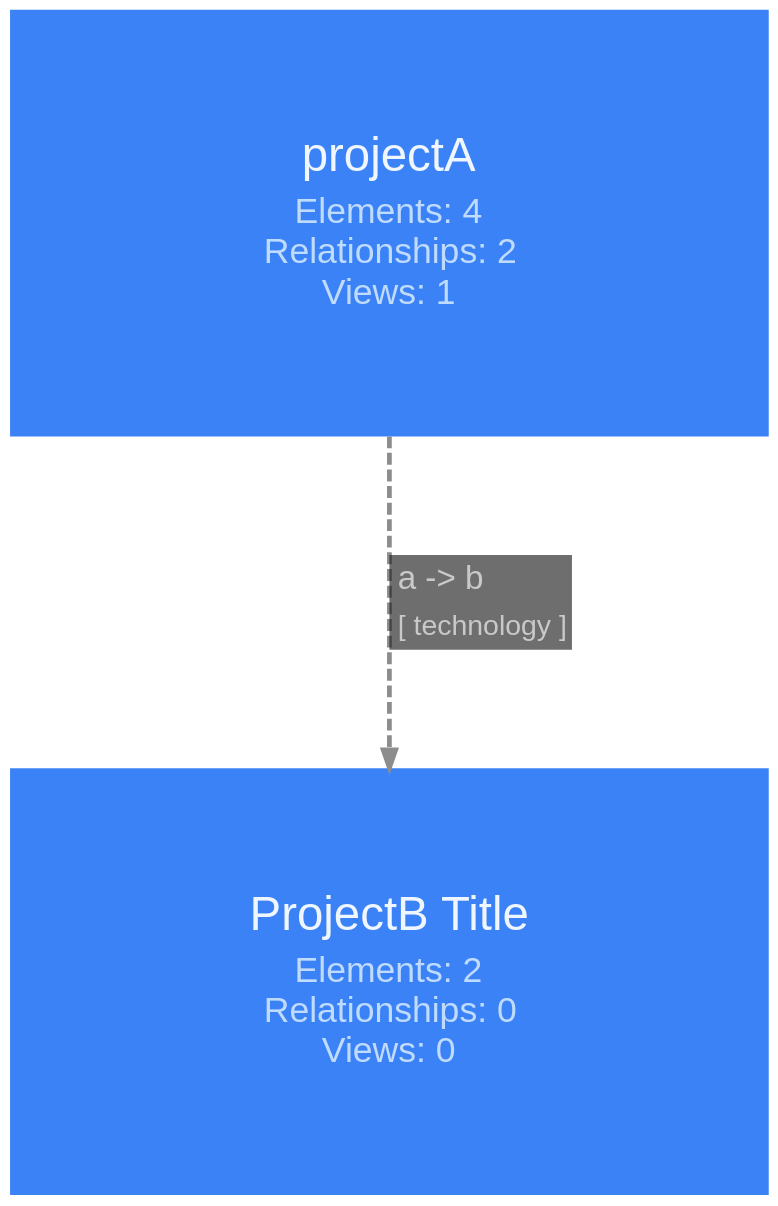
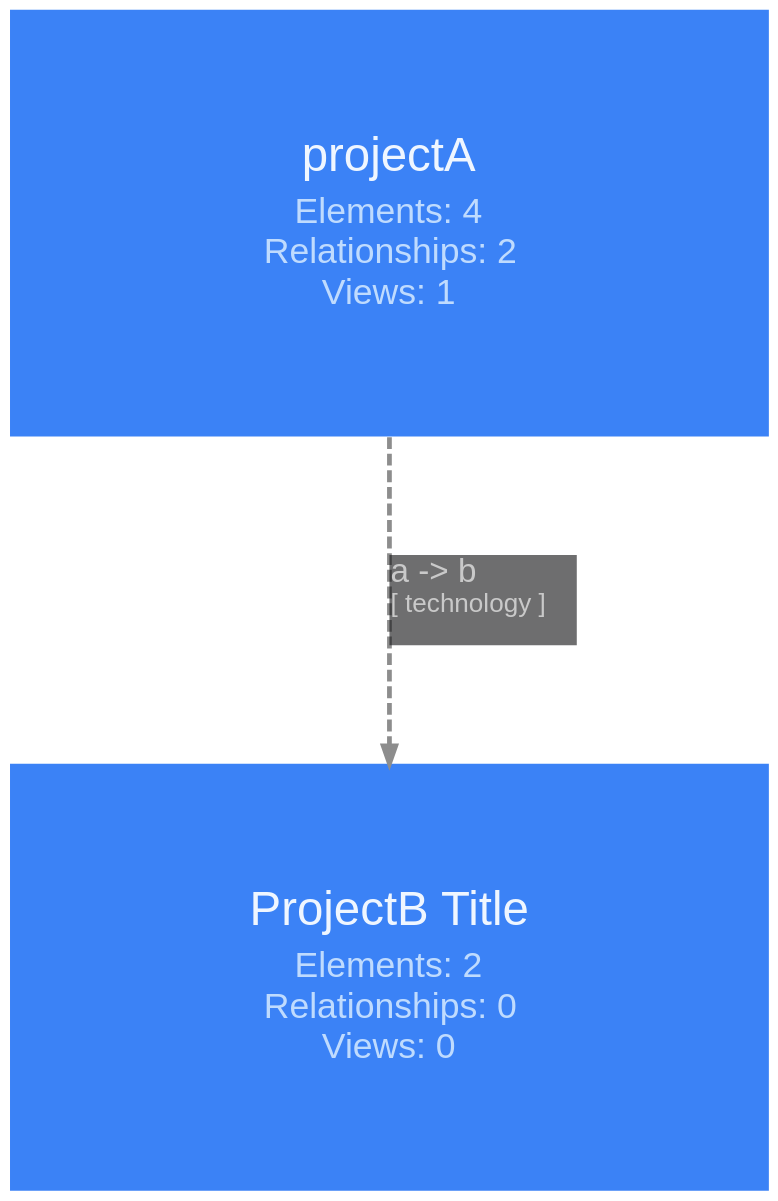
The diagram in packages/layouts/src/graphviz/__snapshots__/ProjectsViewPrinter-with-relationship.dot (likec4/likec4), drawn with Graphviz before and after one commit. The commit also changed 48 other files, not shown here.

First line of the commit message:
feat: measure relationship labels with the diagram font

```diff
--- a/packages/layouts/src/graphviz/__snapshots__/ProjectsViewPrinter-with-relationship.dot
+++ b/packages/layouts/src/graphviz/__snapshots__/ProjectsViewPrinter-with-relationship.dot
@@ -1,61 +1,61 @@
 digraph {
   likec4_viewId = "projects-view";
   bgcolor = "transparent";
   layout = "dot";
   compound = true;
   rankdir = "TB";
   splines = "spline";
   outputorder = "nodesfirst";
   nodesep = 1.389;
   ranksep = 1.389;
   pad = 0.209;
   fontname = "Arial";
   graph [
     fontsize = 20;
     labeljust = "l";
     labelloc = "t";
     margin = 50.1;
   ];
   edge [
     arrowsize = 0.75;
     fontname = "Arial";
     fontsize = 14;
     penwidth = 2;
     color = "#8D8D8D";
     fontcolor = "#C9C9C9";
     style = "dashed";
   ];
   node [
     fontname = "Arial";
     shape = "rect";
     fillcolor = "#3b82f6";
     fontcolor = "#eff6ff";
     color = "#2563eb";
     style = "filled";
     penwidth = 0;
   ];
   "1pf41yp" [
     likec4_id = "1pf41yp";
     likec4_project = "projectA";
     likec4_level = 0;
     label = <<TABLE BORDER="0" CELLPADDING="0" CELLSPACING="4"><TR><TD><FONT POINT-SIZE="20">projectA</FONT></TD></TR><TR><TD><FONT POINT-SIZE="15" COLOR="#bfdbfe">Elements: 4<BR/>Relationships: 2<BR/>Views: 1</FONT></TD></TR></TABLE>>;
     margin = "0.223,0.223";
     width = 4.445;
     height = 2.5;
   ];
   "1pf41yq" [
     likec4_id = "1pf41yq";
     likec4_project = "projectB";
     likec4_level = 0;
     label = <<TABLE BORDER="0" CELLPADDING="0" CELLSPACING="4"><TR><TD><FONT POINT-SIZE="20">ProjectB Title</FONT></TD></TR><TR><TD><FONT POINT-SIZE="15" COLOR="#bfdbfe">Elements: 2<BR/>Relationships: 0<BR/>Views: 0</FONT></TD></TR></TABLE>>;
     margin = "0.223,0.223";
     width = 4.445;
     height = 2.5;
   ];
   "1pf41yp" -> "1pf41yq" [
     likec4_id = "17usd85";
     likec4_project = "projectA";
     weight = 2;
-    label = <<TABLE BORDER="0" CELLPADDING="3" CELLSPACING="0" BGCOLOR="#18191BA0"><TR><TD ALIGN="TEXT" BALIGN="LEFT"><FONT POINT-SIZE="14">a -&gt; b</FONT></TD></TR><TR><TD ALIGN="TEXT" BALIGN="LEFT"><FONT POINT-SIZE="12">[ technology ]</FONT></TD></TR></TABLE>>;
+    label = <<TABLE FIXEDSIZE="TRUE" WIDTH="79" HEIGHT="38" BORDER="0" CELLPADDING="0" CELLSPACING="0" BGCOLOR="#18191BA0"><TR><TD ALIGN="TEXT" BALIGN="LEFT"><FONT POINT-SIZE="14">a -&gt; b</FONT></TD></TR><TR><TD ALIGN="TEXT" BALIGN="LEFT"><FONT POINT-SIZE="11">[ technology ]</FONT></TD></TR></TABLE>>;
   ];
 }
```
